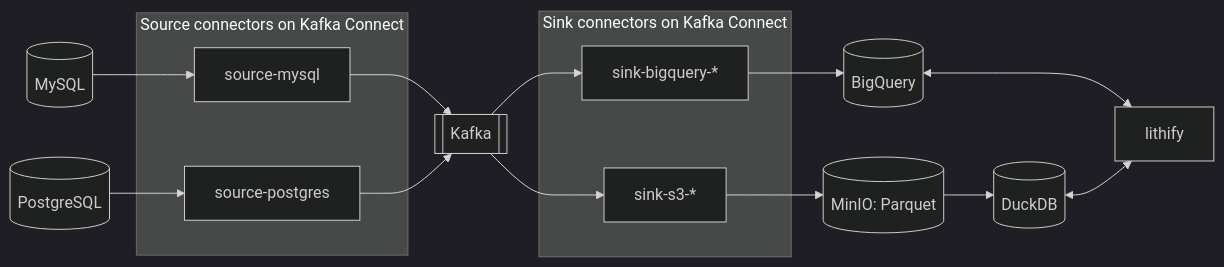
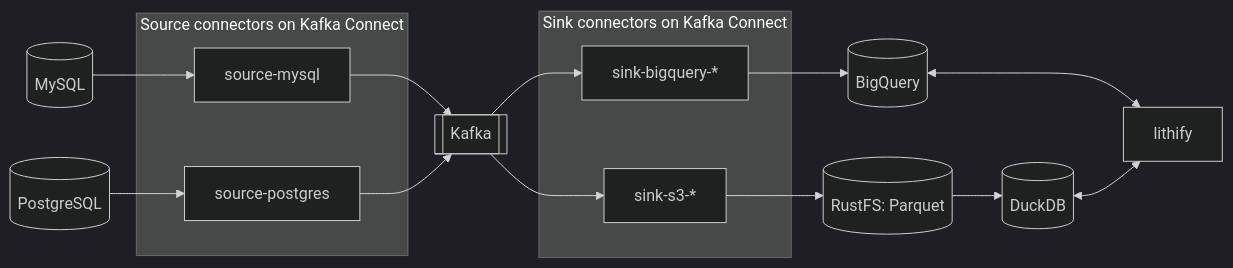
One commit to hayas1/lithify changed the diagram in README.md. Above: the diagram before and after it, drawn with Mermaid (dark theme). The commit also changed 16 other files, not shown here.

First line of the commit message:
Land the change log in RustFS instead of MinIO

````diff
--- a/README.md
+++ b/README.md
@@ -8,19 +8,19 @@
 ```mermaid
 flowchart LR
   mysql[(MySQL)] --> source-mysql
   postgres[(PostgreSQL)] --> source-postgres
   subgraph sources[Source connectors on Kafka Connect]
     source-mysql
     source-postgres
   end
   source-mysql --> kafka[[Kafka]]
   source-postgres --> kafka
   subgraph sinks[Sink connectors on Kafka Connect]
     sink-bigquery["sink-bigquery-*"]
     sink-s3["sink-s3-*"]
   end
   kafka --> sink-bigquery --> bigquery[(BigQuery)]
-  kafka --> sink-s3 --> minio[(MinIO: Parquet)] --> duckdb[(DuckDB)]
+  kafka --> sink-s3 --> rustfs[(RustFS: Parquet)] --> duckdb[(DuckDB)]
   bigquery <--> lithify
   duckdb <--> lithify
 ```
````
